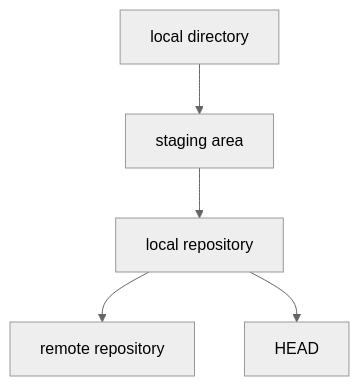
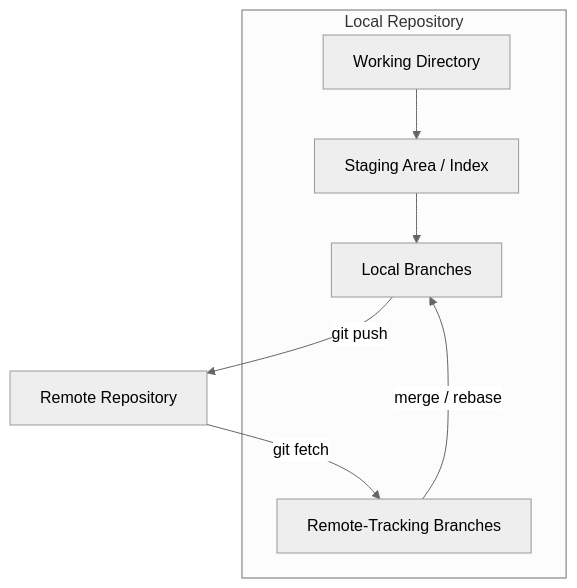
One commit to joelbreit/Notes changed the first of 2 diagrams in Programming/Scripting Languages/Git.md. Above: the diagram before and after it, drawn with Mermaid (neutral theme). The commit also changed other lines of this file and 5 other files, not shown here.

````diff
--- a/Programming/Scripting Languages/Git.md
+++ b/Programming/Scripting Languages/Git.md
@@ -15,7 +26,17 @@
 ```mermaid
 graph TD
-  A[local directory] --> B[staging area]
-  B --> C[local repository]
-  C --> D[remote repository]
-  C --> E[HEAD]
+  subgraph Local Repository
+    WorkingDirectory[Working Directory]
+    StagingArea[Staging Area / Index]
+    LocalBranches[Local Branches]
+    RemoteTrackingBranches[Remote-Tracking Branches]
+  end
+
+  WorkingDirectory --> StagingArea
+  StagingArea --> LocalBranches
+
+  RemoteRepository[Remote Repository] -->|git fetch| RemoteTrackingBranches
+  LocalBranches -->|git push| RemoteRepository
+
+  RemoteTrackingBranches -->|merge / rebase| LocalBranches
 ```
````
